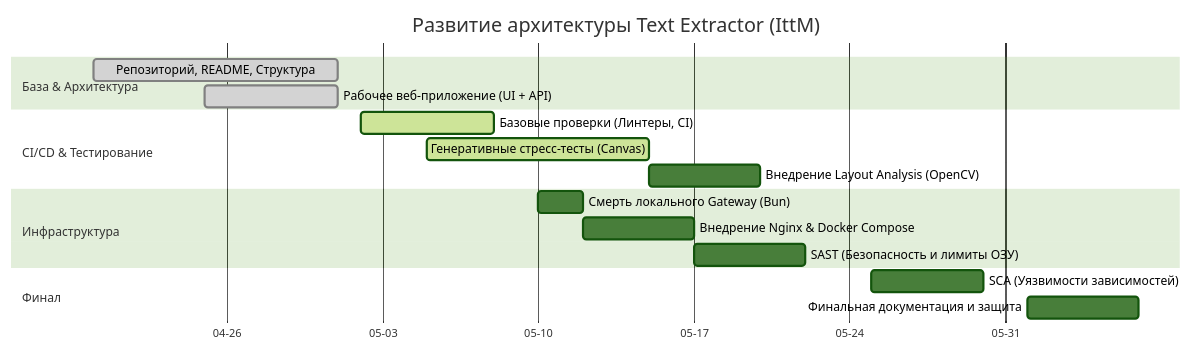
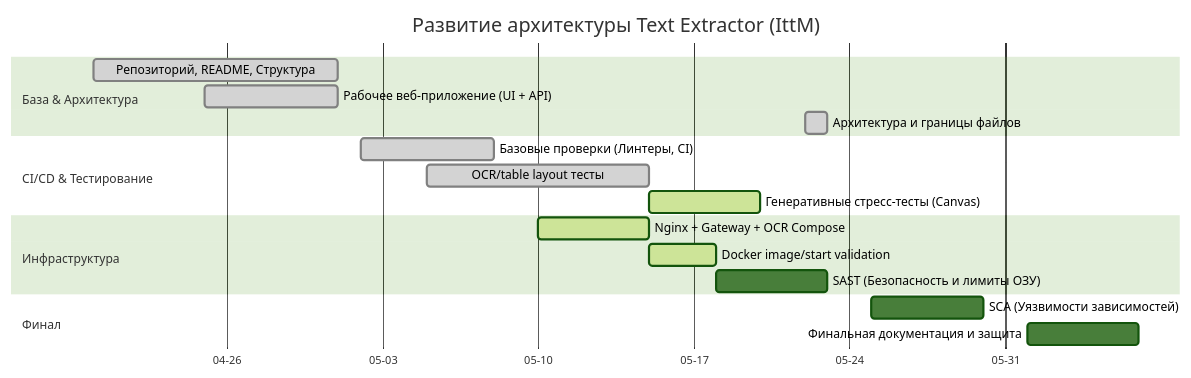
The diagram in docs/COURSE_PLAN.md (AI-paca/IttM), drawn with Mermaid (forest theme) before and after one commit. The commit also changed other lines of this file and 19 other files, not shown here.

````diff
--- a/docs/COURSE_PLAN.md
+++ b/docs/COURSE_PLAN.md
@@ -16,24 +16,25 @@
 ```mermaid
 gantt
     title Развитие архитектуры Text Extractor (IttM)
     dateFormat  YYYY-MM-DD
     axisFormat  %m-%d
 
     section База & Архитектура
     Репозиторий, README, Структура      :done, phase1, 2026-04-20, 2026-05-01
     Рабочее веб-приложение (UI + API)   :done, phase2, 2026-04-25, 2026-05-01
+    Архитектура и границы файлов        :done, arch, 2026-05-22, 1d
 
     section CI/CD & Тестирование
-    Базовые проверки (Линтеры, CI)      :active, phase3, 2026-05-02, 2026-05-08
-    Генеративные стресс-тесты (Canvas)  :active, cv_test, 2026-05-05, 2026-05-15
-    Внедрение Layout Analysis (OpenCV)  :         cv_layout, after cv_test, 5d
+    Базовые проверки (Линтеры, CI)      :done, phase3, 2026-05-02, 2026-05-08
+    OCR/table layout тесты              :done, cv_layout, 2026-05-05, 2026-05-15
+    Генеративные стресс-тесты (Canvas)  :active, cv_test, 2026-05-15, 5d
 
     section Инфраструктура
-    Смерть локального Gateway (Bun)     :         docker1, 2026-05-10, 2d
-    Внедрение Nginx & Docker Compose    :         docker2, after docker1, 5d
-    SAST (Безопасность и лимиты ОЗУ)    :         sast, after docker2, 5d
+    Nginx + Gateway + OCR Compose       :active, docker2, 2026-05-10, 5d
+    Docker image/start validation       :active, docker_check, after docker2, 3d
+    SAST (Безопасность и лимиты ОЗУ)    :         sast, after docker_check, 5d
 
     section Финал
     SCA (Уязвимости зависимостей)       :         sca, 2026-05-25, 5d
     Финальная документация и защита     :         docs, 2026-06-01, 5d
 ```
````
